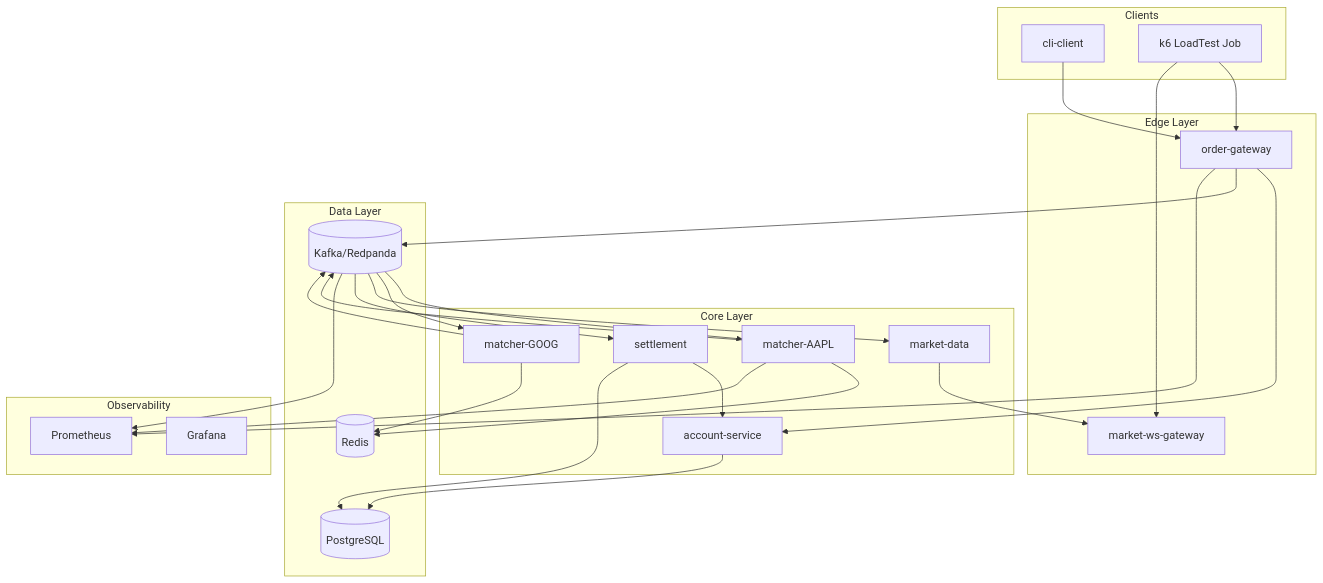
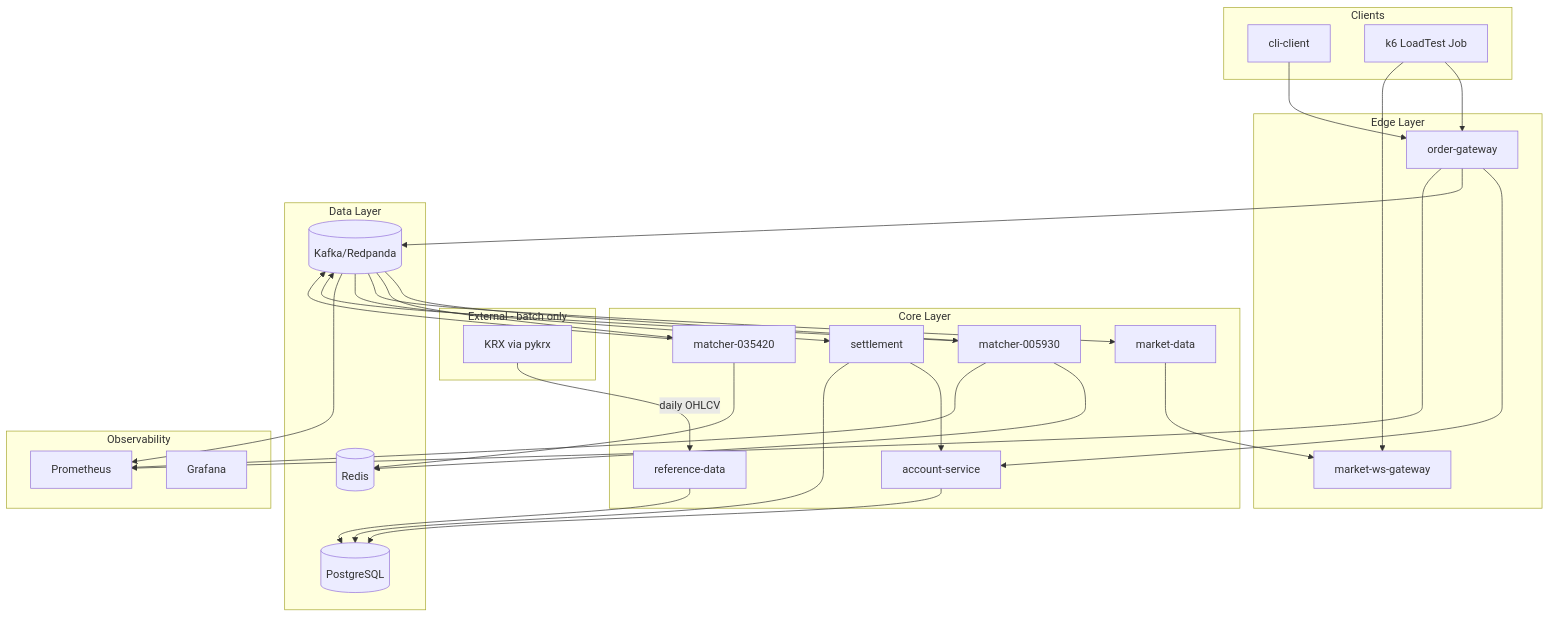
Before and after one commit to grademe12/stock-market: the first of 4 diagrams in docs/IMPLEMENTATION_PLAN.md, drawn with Mermaid. The commit also changed other lines of this file, not shown here.

First line of the commit message:
docs: add Phase 0.5 reference-data spec (pykrx/KRX)

````diff
--- a/docs/IMPLEMENTATION_PLAN.md
+++ b/docs/IMPLEMENTATION_PLAN.md
@@ -68,52 +70,60 @@
 ```mermaid
 flowchart TB
     subgraph clients [Clients]
         CLI[cli-client]
         K6[k6 LoadTest Job]
     end
 
     subgraph edge [Edge Layer]
         GW[order-gateway]
         WS[market-ws-gateway]
     end
 
     subgraph core [Core Layer]
-        ME_A[matcher-AAPL]
-        ME_G[matcher-GOOG]
+        ME_A[matcher-005930]
+        ME_G[matcher-035420]
         MD[market-data]
         ST[settlement]
         AC[account-service]
+        RD_ING[reference-data]
+    end
+
+    subgraph external [External - batch only]
+        KRX[KRX via pykrx]
     end
 
     subgraph data [Data Layer]
         KF[(Kafka/Redpanda)]
         RD[(Redis)]
         PG[(PostgreSQL)]
     end
+
+    KRX -->|daily OHLCV| RD_ING
+    RD_ING --> PG
 
     subgraph observe [Observability]
         Prom[Prometheus]
         Graf[Grafana]
     end
 
     CLI --> GW
     K6 --> GW
     K6 --> WS
     GW --> AC
     GW --> KF
     KF --> ME_A
     KF --> ME_G
     ME_A --> KF
     ME_G --> KF
     KF --> MD
     KF --> ST
     MD --> WS
     ST --> AC
     ME_A --> RD
     ME_G --> RD
     AC --> PG
     ST --> PG
     GW --> Prom
     ME_A --> Prom
     KF --> Prom
 ```
````
